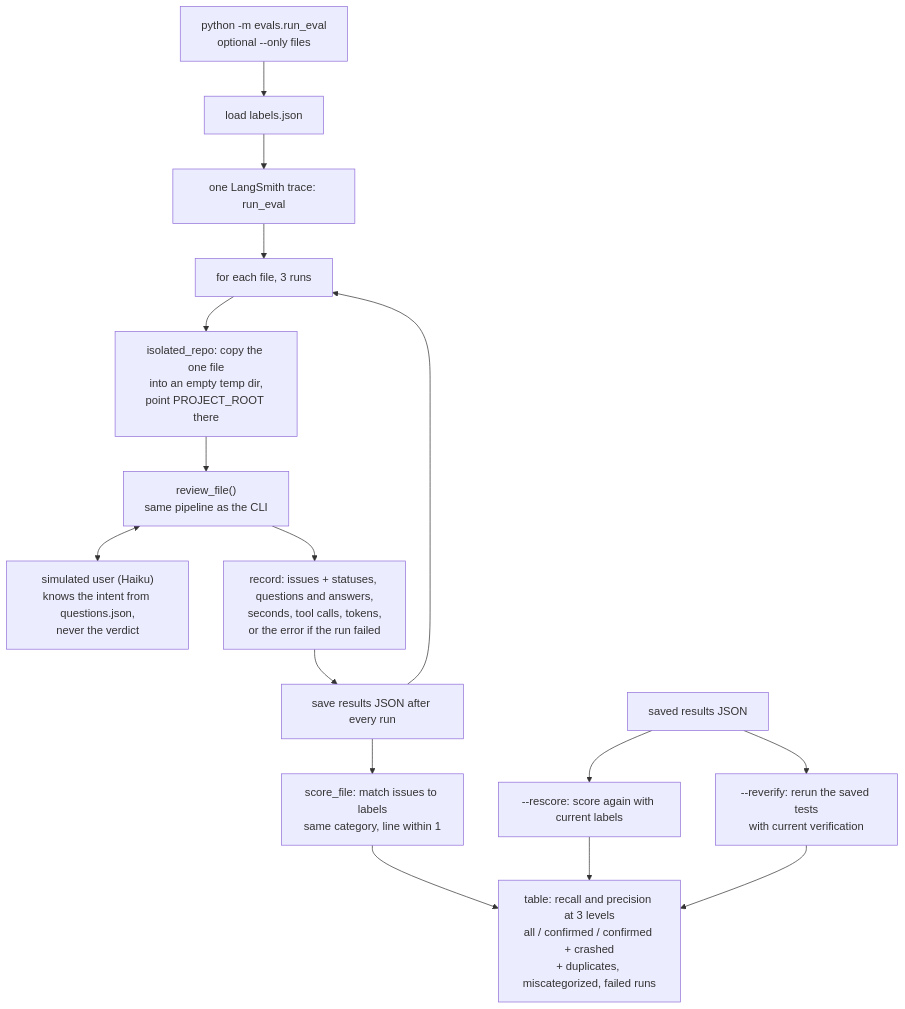
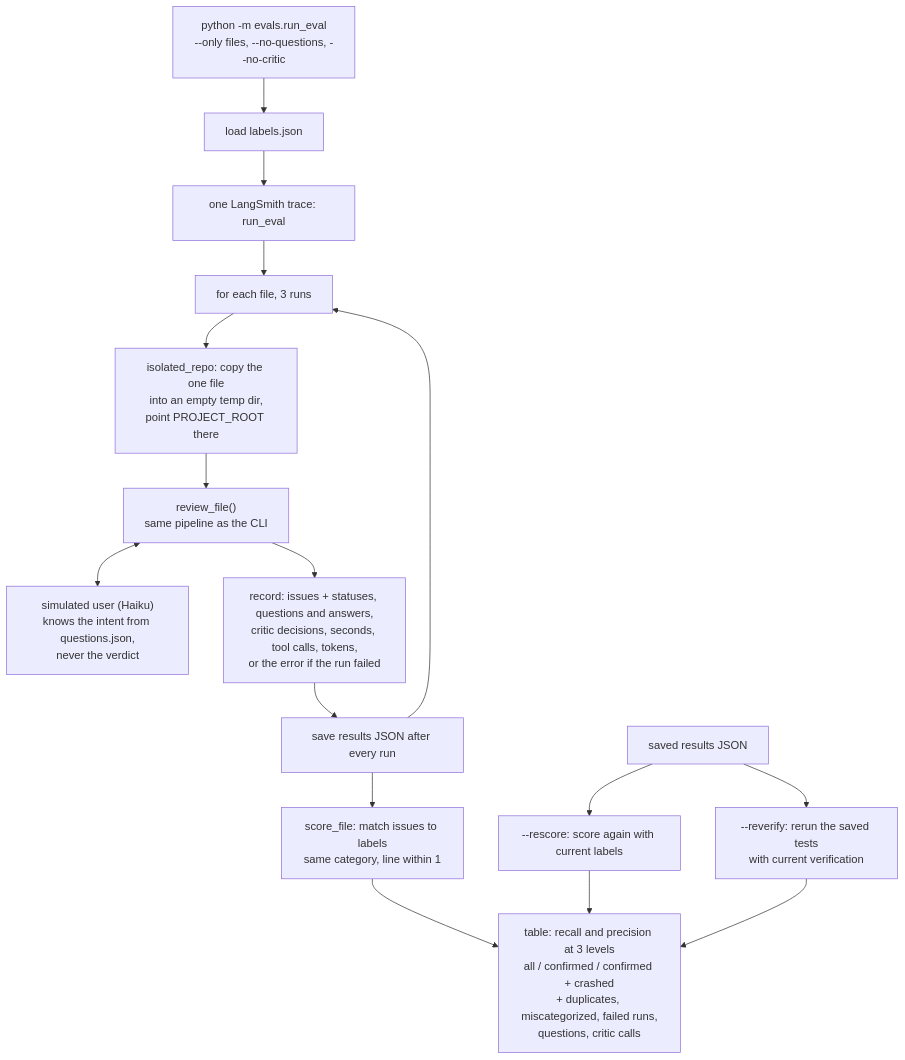
The fourth of 4 diagrams in docs/pipeline.md (Assaf368/code-reviewer), drawn with Mermaid before and after one commit. The commit also changed other lines of this file and 9 other files, not shown here.

````diff
--- a/docs/pipeline.md
+++ b/docs/pipeline.md
@@ -85,19 +88,19 @@
 ```mermaid
 flowchart TD
-    START["python -m evals.run_eval<br/>optional --only files"] --> LABELS["load labels.json"]
+    START["python -m evals.run_eval<br/>--only files, --no-questions, --no-critic"] --> LABELS["load labels.json"]
     LABELS --> TRACE["one LangSmith trace: run_eval"]
     TRACE --> EACH["for each file, 3 runs"]
     EACH --> ISO["isolated_repo: copy the one file<br/>into an empty temp dir,<br/>point PROJECT_ROOT there"]
     ISO --> REV["review_file()<br/>same pipeline as the CLI"]
     REV <--> SIM["simulated user (Haiku)<br/>knows the intent from questions.json,<br/>never the verdict"]
-    REV --> REC["record: issues + statuses, questions and answers,<br/>seconds, tool calls, tokens,<br/>or the error if the run failed"]
+    REV --> REC["record: issues + statuses, questions and answers,<br/>critic decisions, seconds, tool calls, tokens,<br/>or the error if the run failed"]
     REC --> SAVE["save results JSON after every run"]
     SAVE --> EACH
     SAVE --> SCORE["score_file: match issues to labels<br/>same category, line within 1"]
-    SCORE --> TABLE["table: recall and precision at 3 levels<br/>all / confirmed / confirmed + crashed<br/>+ duplicates, miscategorized, failed runs"]
+    SCORE --> TABLE["table: recall and precision at 3 levels<br/>all / confirmed / confirmed + crashed<br/>+ duplicates, miscategorized, failed runs,<br/>questions, critic calls"]
 
     OLD["saved results JSON"] --> RESCORE["--rescore: score again with current labels"]
     OLD --> REVERIFY["--reverify: rerun the saved tests<br/>with current verification"]
     RESCORE --> TABLE
     REVERIFY --> TABLE
 ```
````
